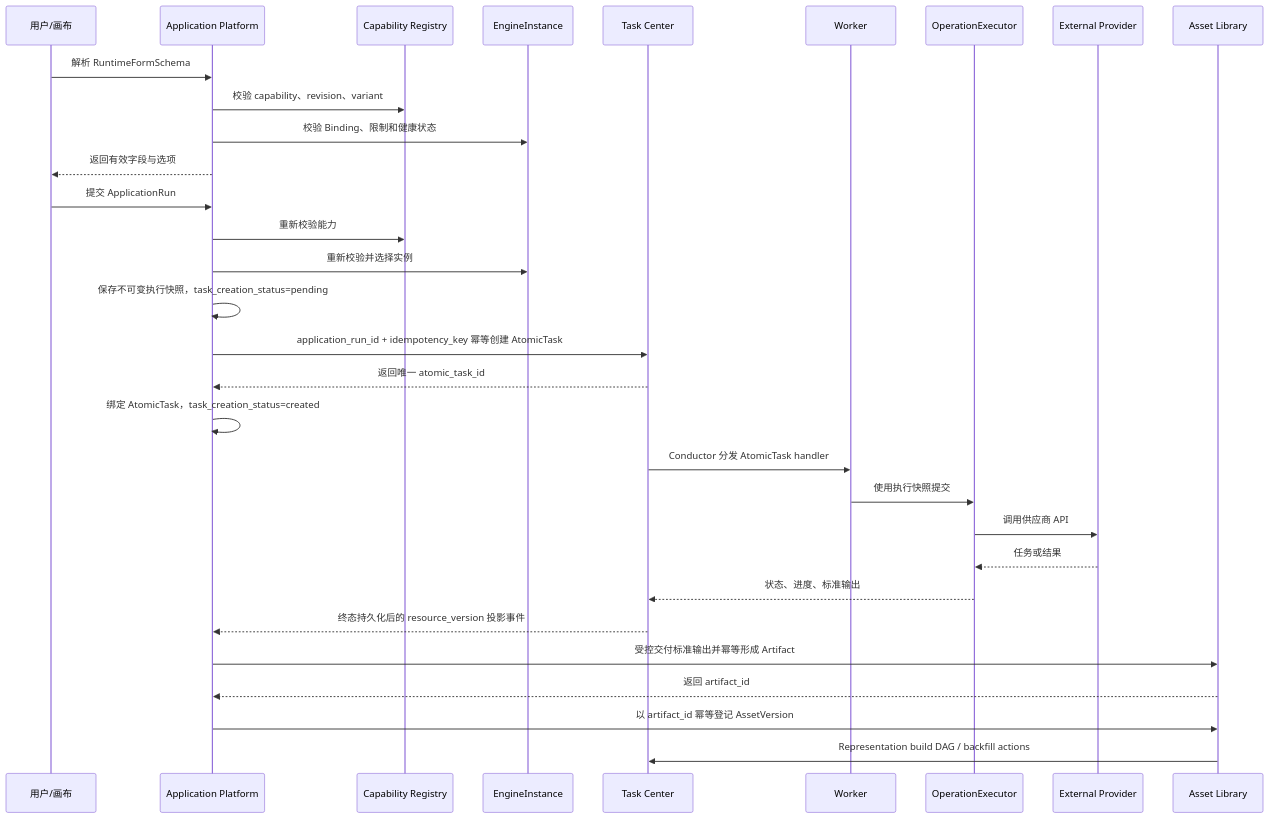
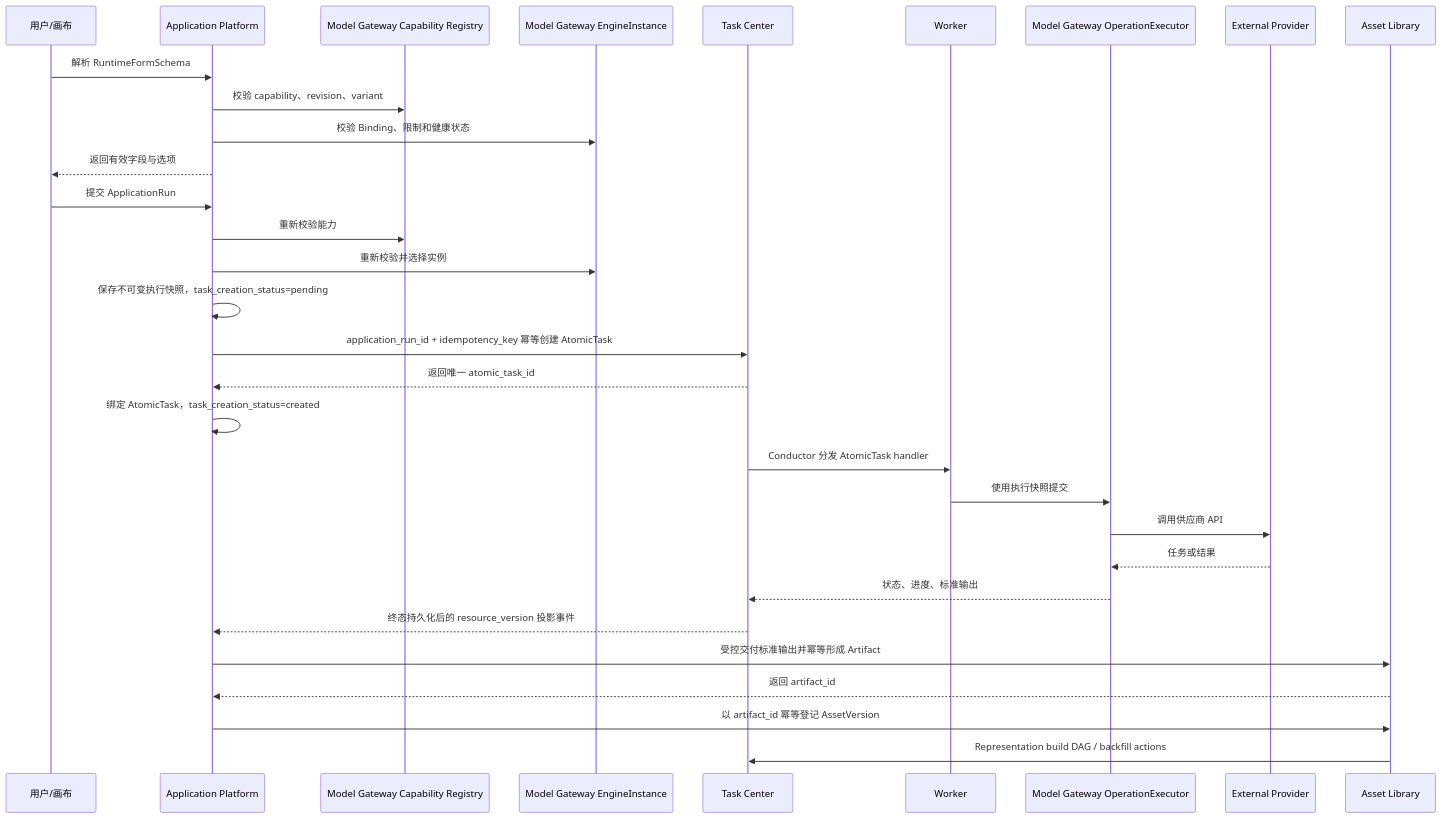
One commit to wangweihong/omnimam-spec changed the second of 2 diagrams in 02_architecture/domains/application-platform.md. Above: the diagram before and after it, drawn with Mermaid. The commit also changed other lines of this file and 32 other files, not shown here.

````diff
--- a/02_architecture/domains/application-platform.md
+++ b/02_architecture/domains/application-platform.md
@@ -221,34 +69,34 @@
 ```mermaid
 sequenceDiagram
     participant User as 用户/画布
     participant App as Application Platform
-    participant Registry as Capability Registry
-    participant Engine as EngineInstance
+    participant Registry as Model Gateway Capability Registry
+    participant Engine as Model Gateway EngineInstance
     participant Task as Task Center
     participant Worker as Worker
-    participant Exec as OperationExecutor
+    participant Exec as Model Gateway OperationExecutor
     participant Provider as External Provider
     participant Asset as Asset Library
 
     User->>App: 解析 RuntimeFormSchema
     App->>Registry: 校验 capability、revision、variant
     App->>Engine: 校验 Binding、限制和健康状态
     App-->>User: 返回有效字段与选项
     User->>App: 提交 ApplicationRun
     App->>Registry: 重新校验能力
     App->>Engine: 重新校验并选择实例
     App->>App: 保存不可变执行快照，task_creation_status=pending
     App->>Task: application_run_id + idempotency_key 幂等创建 AtomicTask
     Task-->>App: 返回唯一 atomic_task_id
     App->>App: 绑定 AtomicTask，task_creation_status=created
     Task->>Worker: Conductor 分发 AtomicTask handler
     Worker->>Exec: 使用执行快照提交
     Exec->>Provider: 调用供应商 API
     Provider-->>Exec: 任务或结果
     Exec-->>Task: 状态、进度、标准输出
     Task-->>App: 终态持久化后的 resource_version 投影事件
     App->>Asset: 受控交付标准输出并幂等形成 Artifact
     Asset-->>App: 返回 artifact_id
     App->>Asset: 以 artifact_id 幂等登记 AssetVersion
     Asset->>Task: Representation build DAG / backfill actions
 ```
````
